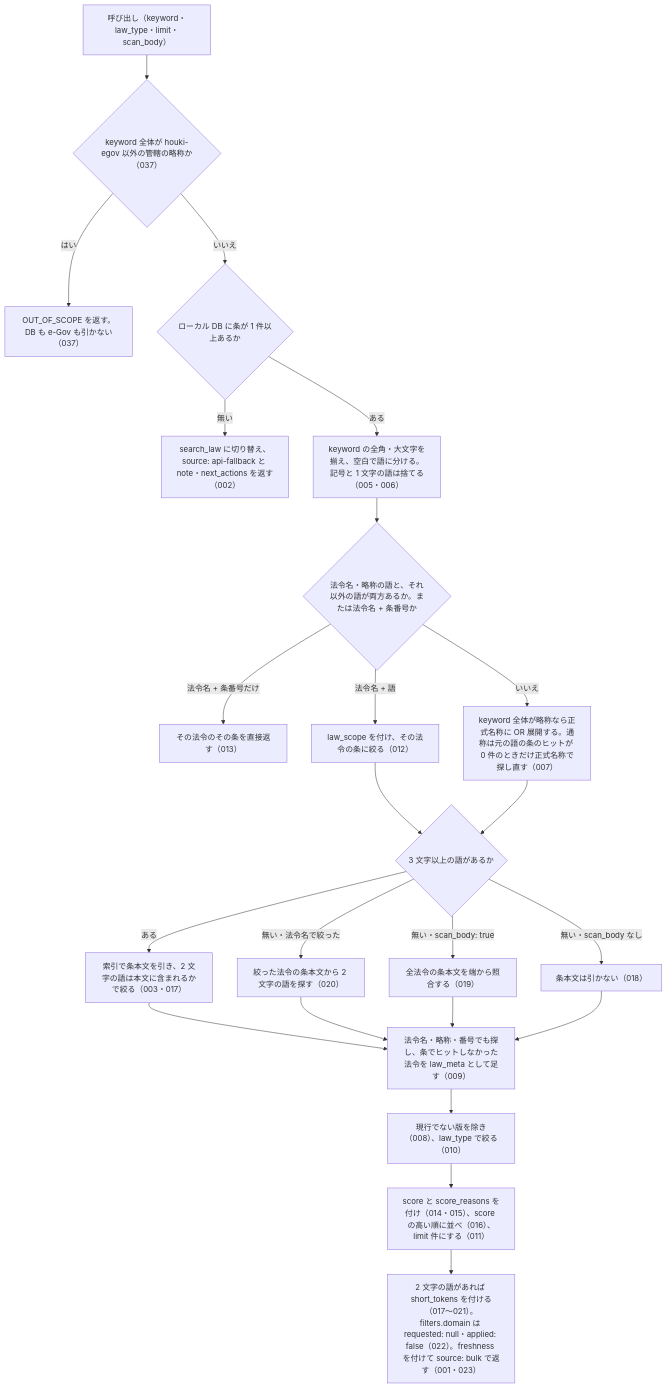
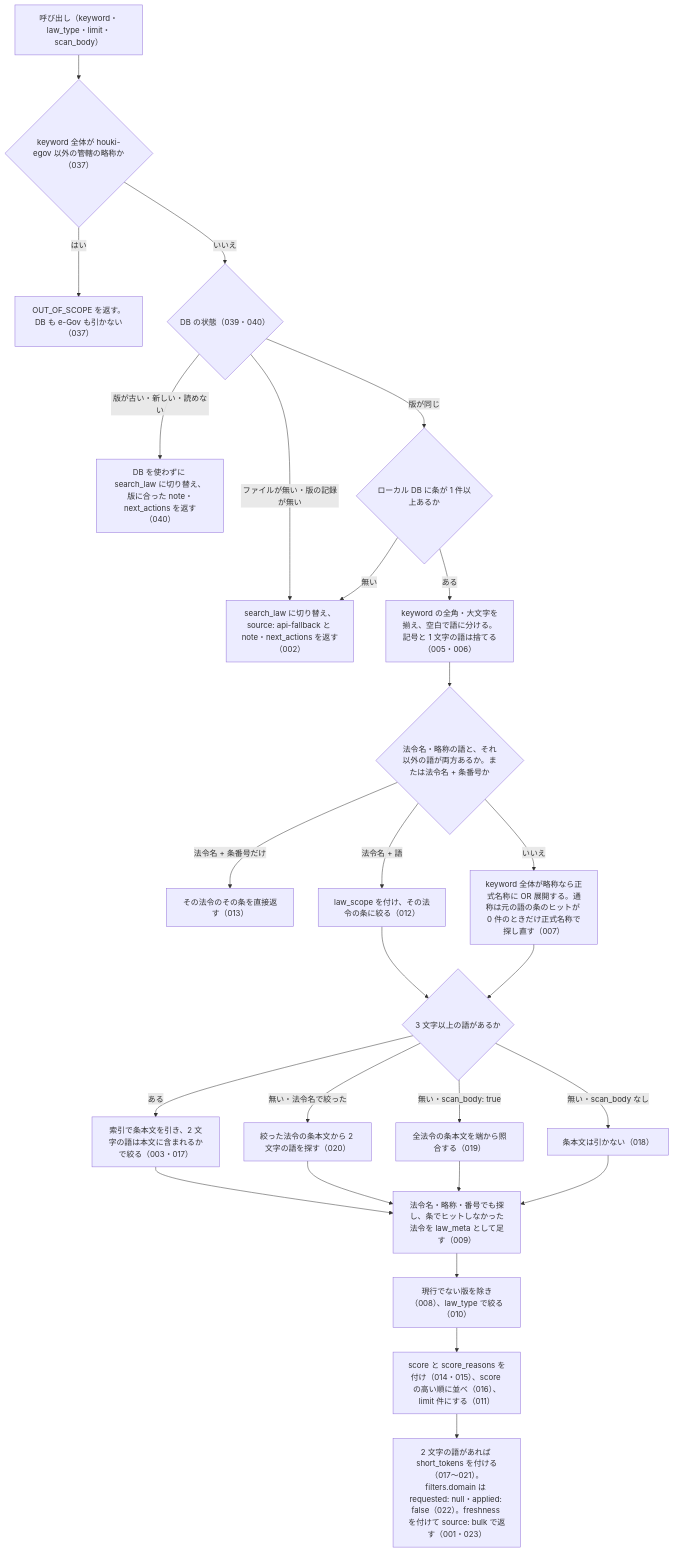
Before and after one commit to shuji-bonji/houki-egov-mcp: the diagram in specs/current/search_fulltext/spec.md, drawn with Mermaid. The commit also changed other lines of this file and 17 other files, not shown here.

````diff
--- a/specs/current/search_fulltext/spec.md
+++ b/specs/current/search_fulltext/spec.md
@@ -29,25 +29,28 @@
 ```mermaid
 flowchart TD
   A["呼び出し（keyword・law_type・limit・scan_body）"] --> O{"keyword 全体が houki-egov 以外の管轄の略称か（037）"}
   O -- はい --> E0["OUT_OF_SCOPE を返す。DB も e-Gov も引かない（037）"]
-  O -- いいえ --> B{"ローカル DB に条が 1 件以上あるか"}
+  O -- いいえ --> V{"DB の状態（039・040）"}
+  V -- "ファイルが無い・版の記録が無い" --> FB
+  V -- "版が古い・新しい・読めない" --> FB2["DB を使わずに search_law に切り替え、版に合った note・next_actions を返す（040）"]
+  V -- "版が同じ" --> B{"ローカル DB に条が 1 件以上あるか"}
   B -- 無い --> FB["search_law に切り替え、source: api-fallback と note・next_actions を返す（002）"]
   B -- ある --> C["keyword の全角・大文字を揃え、空白で語に分ける。記号と 1 文字の語は捨てる（005・006）"]
   C --> D{"法令名・略称の語と、それ以外の語が両方あるか。または法令名 + 条番号か"}
   D -- "法令名 + 条番号だけ" --> ART["その法令のその条を直接返す（013）"]
   D -- "法令名 + 語" --> SC["law_scope を付け、その法令の条に絞る（012）"]
   D -- いいえ --> E["keyword 全体が略称なら正式名称に OR 展開する。通称は元の語の条のヒットが 0 件のときだけ正式名称で探し直す（007）"]
   SC --> F
   E --> F{"3 文字以上の語があるか"}
   F -- ある --> G["索引で条本文を引き、2 文字の語は本文に含まれるかで絞る（003・017）"]
   F -- "無い・法令名で絞った" --> H["絞った法令の条本文から 2 文字の語を探す（020）"]
   F -- "無い・scan_body: true" --> I["全法令の条本文を端から照合する（019）"]
   F -- "無い・scan_body なし" --> J["条本文は引かない（018）"]
   G --> K["法令名・略称・番号でも探し、条でヒットしなかった法令を law_meta として足す（009）"]
   H --> K
   I --> K
   J --> K
   K --> L["現行でない版を除き（008）、law_type で絞る（010）"]
   L --> M["score と score_reasons を付け（014・015）、score の高い順に並べ（016）、limit 件にする（011）"]
   M --> N["2 文字の語があれば short_tokens を付ける（017〜021）。filters.domain は requested: null・applied: false（022）。freshness を付けて source: bulk で返す（001・023）"]
 ```
````
